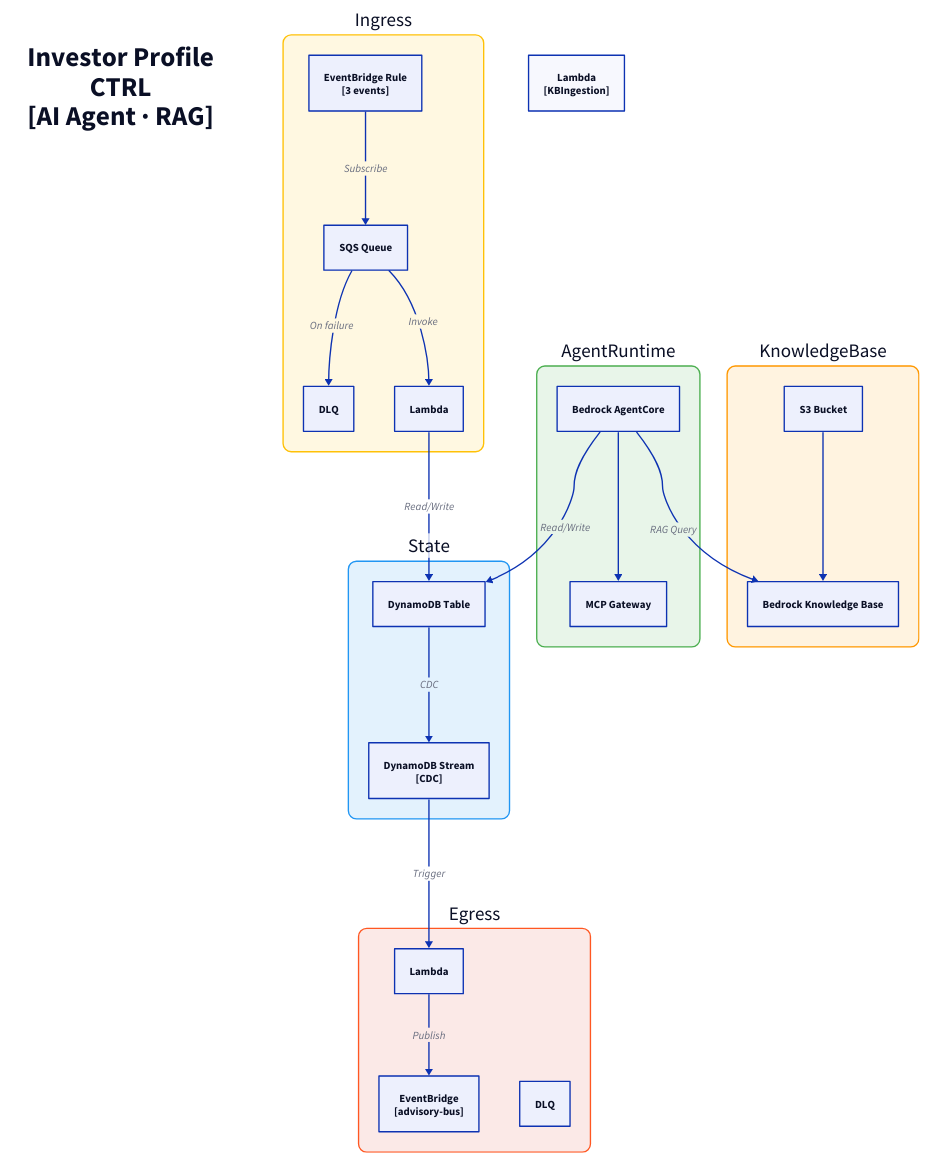
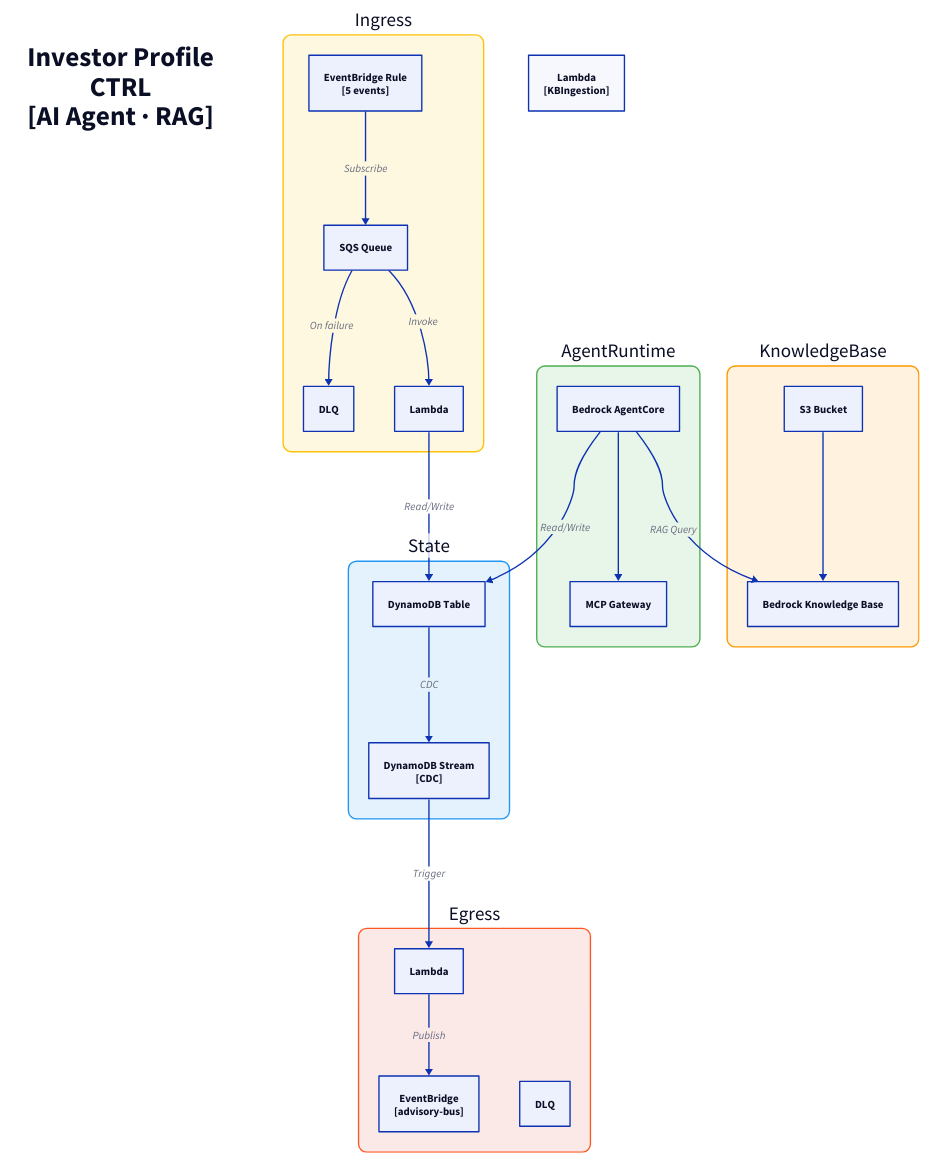
Before and after one commit to fabio-vitali/nestfolio: the diagram in docs/architecture/c3/investor-profile-ctrl.d2, drawn with D2. The commit also changed 15 other files, not shown here.

First line of the commit message:
docs(architecture): regen advisory-cycle flow + C4 diagrams post-precomputation

```diff
--- a/docs/architecture/c3/investor-profile-ctrl.d2
+++ b/docs/architecture/c3/investor-profile-ctrl.d2
@@ -1,55 +1,55 @@
 direction: down
 
 title: "Investor Profile\nCTRL\n[AI Agent · RAG]" {
   style: { font-size: 40; bold: true; fill: transparent; stroke: transparent }
 }
 
 ingress: "Ingress" {
   style: { fill: "#FFF8E1"; stroke: "#FFC107"; border-radius: 12; font-size: 28 }
-  rule: "EventBridge Rule\n[3 events]" { class: aws-eventbridge }
+  rule: "EventBridge Rule\n[5 events]" { class: aws-eventbridge }
   sqs: "SQS Queue" { class: aws-sqs }
   dlq: "DLQ" { class: aws-dlq }
   handler: "Lambda" { class: aws-lambda }
 
   rule -> sqs: Subscribe
   sqs -> handler: Invoke
   sqs -> dlq: On failure
 }
 
 state: "State" {
   style: { fill: "#E3F2FD"; stroke: "#2196F3"; border-radius: 12; font-size: 28 }
   table: "DynamoDB Table" { class: aws-dynamodb }
   stream: "DynamoDB Stream\n[CDC]" { class: aws-ddb-stream }
   table -> stream: CDC
 }
 
 egress: "Egress" {
   style: { fill: "#FBE9E7"; stroke: "#FF5722"; border-radius: 12; font-size: 28 }
   processor: "Lambda" { class: aws-lambda }
   bus: "EventBridge\n[advisory-bus]" { class: aws-eventbridge }
   dlq: "DLQ" { class: aws-dlq }
 
   processor -> bus: Publish
 }
 
 agent-runtime: "AgentRuntime" {
   style: { fill: "#E8F5E9"; stroke: "#4CAF50"; border-radius: 12; font-size: 28 }
   runtime: "Bedrock AgentCore" { class: aws-bedrock }
   gateway: "MCP Gateway" { class: aws-lambda }
   runtime -> gateway
 }
 
 knowledge-base: "KnowledgeBase" {
   style: { fill: "#FFF3E0"; stroke: "#FF9800"; border-radius: 12; font-size: 28 }
   kb: "Bedrock Knowledge Base" { class: aws-bedrock }
   s3: "S3 Bucket" { class: aws-s3 }
   s3 -> kb
 }
 
 kbingestion: "Lambda\n[KBIngestion]" { class: aws-lambda }
 
 # Flows
 ingress.handler -> state.table: Read/Write
 state.stream -> egress.processor: Trigger
 agent-runtime.runtime -> knowledge-base.kb: RAG Query
 agent-runtime.runtime -> state.table: Read/Write
```
